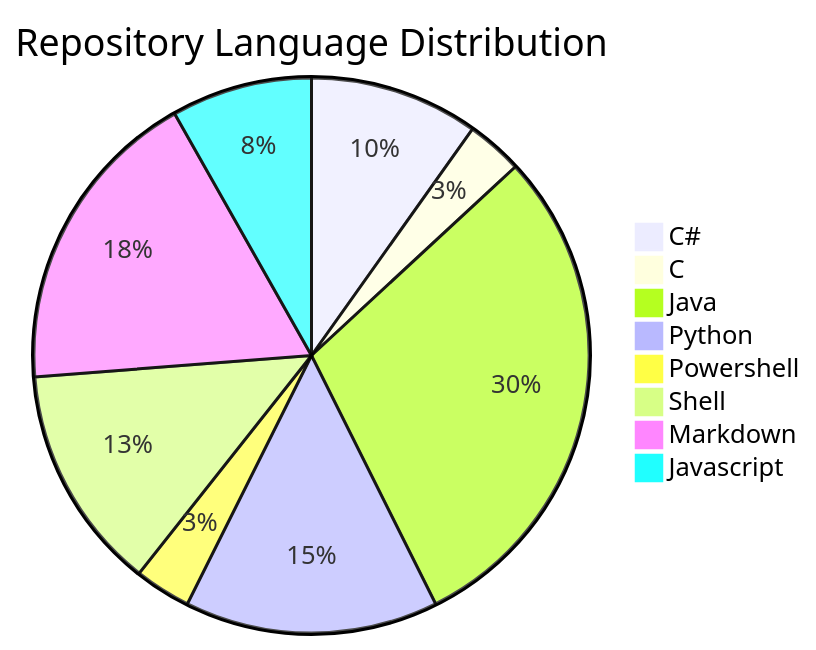
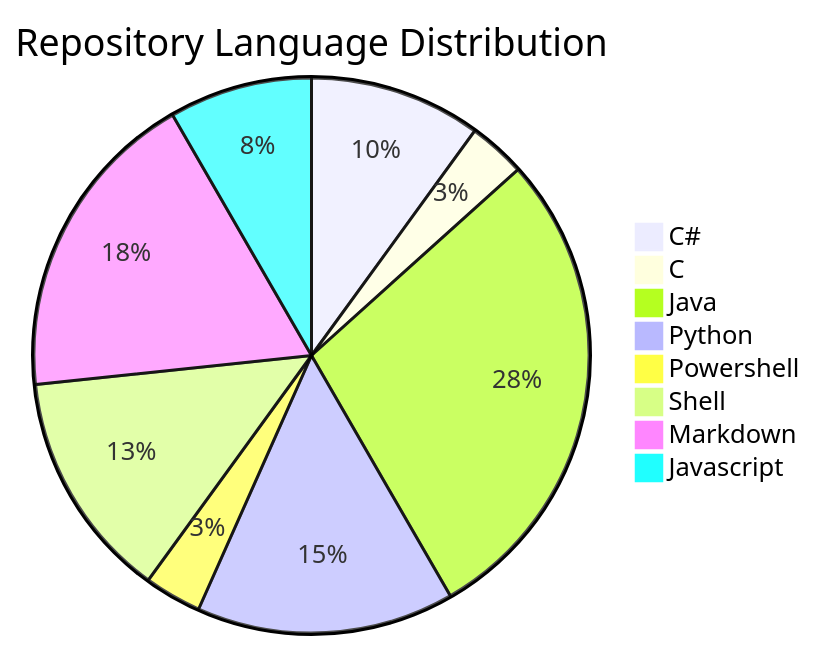
Before and after one commit to F4NT0/F4NT0: the diagram in README.md, drawn with Mermaid.

````diff
--- a/README.md
+++ b/README.md
@@ -27,11 +27,11 @@
 ```mermaid
 pie title Repository Language Distribution
     "C#" : 6
     "C": 2
-    "Java" : 18
+    "Java" : 17
     "Python" : 9
     "Powershell" : 2
     "Shell" : 8
     "Markdown" : 11
     "Javascript" : 5
 ```
````
